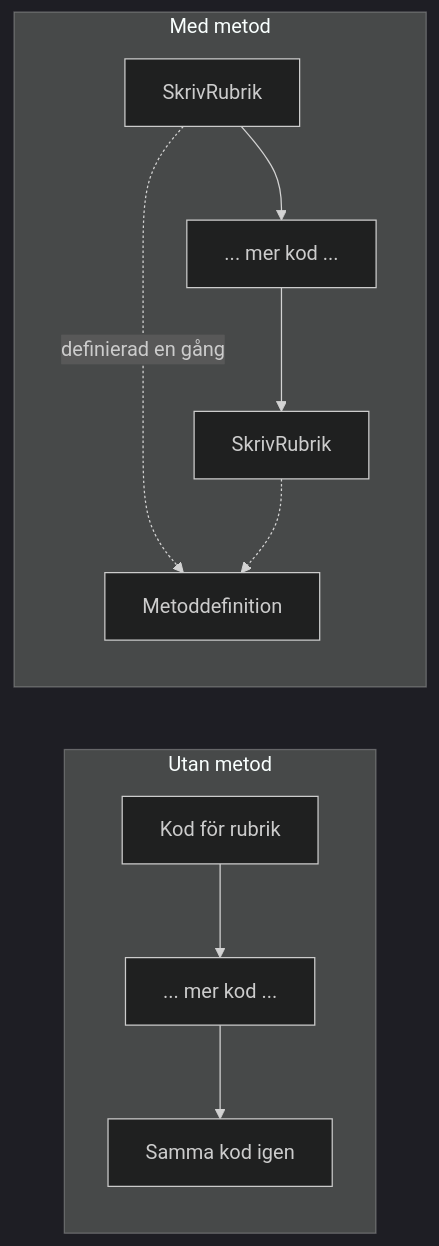
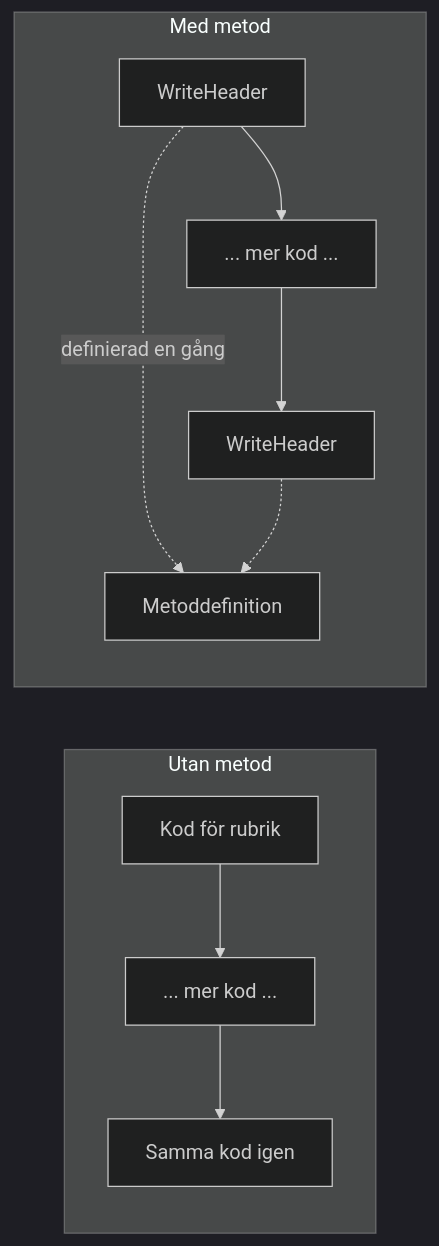
The second of 2 diagrams in docs/metoder/metoder-kurs.md (marcusjobb/programmering-csharp), drawn with Mermaid (dark theme) before and after one commit. The commit also changed other lines of this file and 22 other files, not shown here.

````diff
--- a/docs/metoder/metoder-kurs.md
+++ b/docs/metoder/metoder-kurs.md
@@ -270,14 +270,14 @@
 ```mermaid
 flowchart LR
     subgraph Utan metod
         A1[Kod för rubrik] --> B1[... mer kod ...]
         B1 --> C1[Samma kod igen]
     end
 
     subgraph Med metod
-        A2[SkrivRubrik] --> B2[... mer kod ...]
-        B2 --> C2[SkrivRubrik]
+        A2[WriteHeader] --> B2[... mer kod ...]
+        B2 --> C2[WriteHeader]
         A2 -.->|definierad en gång| D2[Metoddefinition]
         C2 -.-> D2
     end
 ```
````
